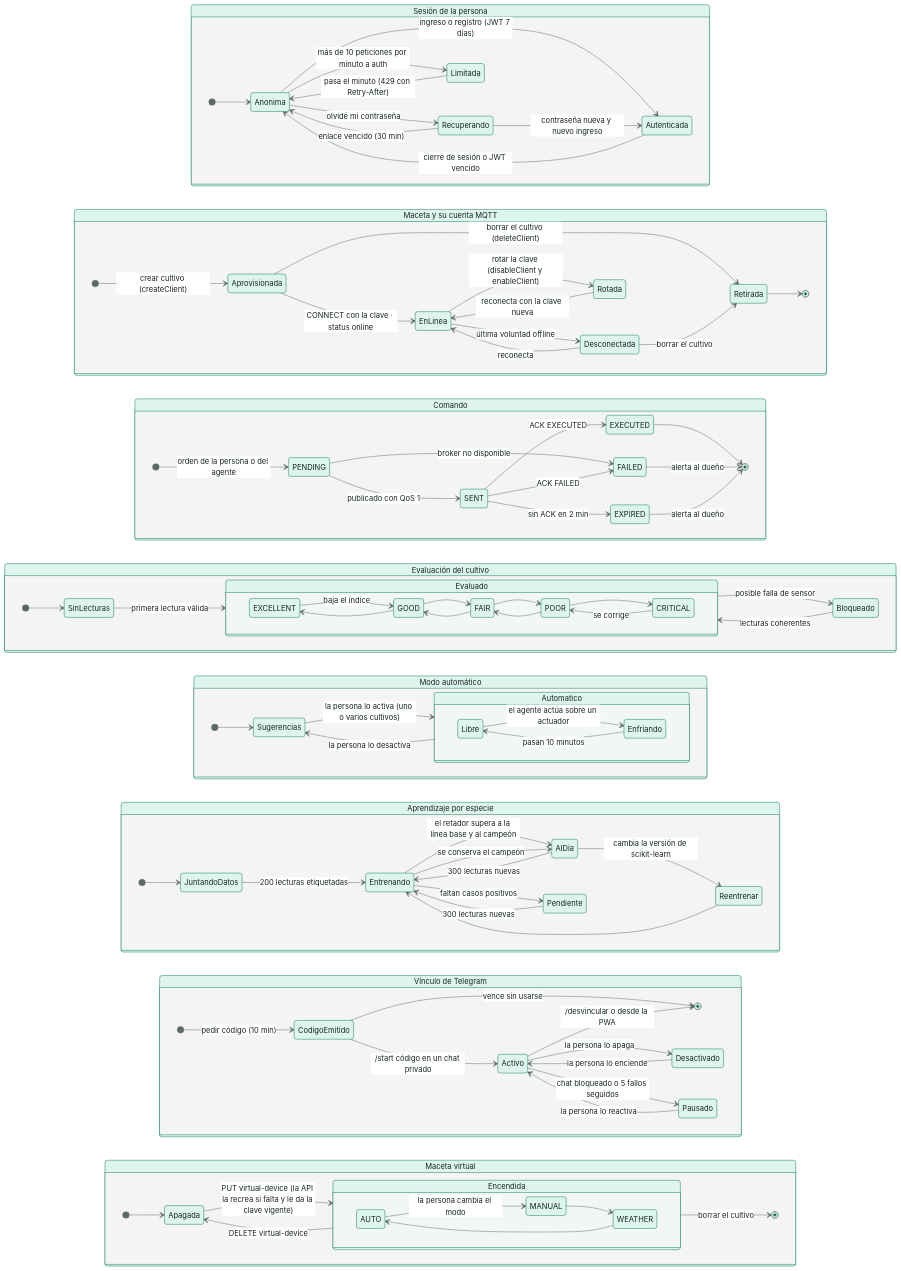
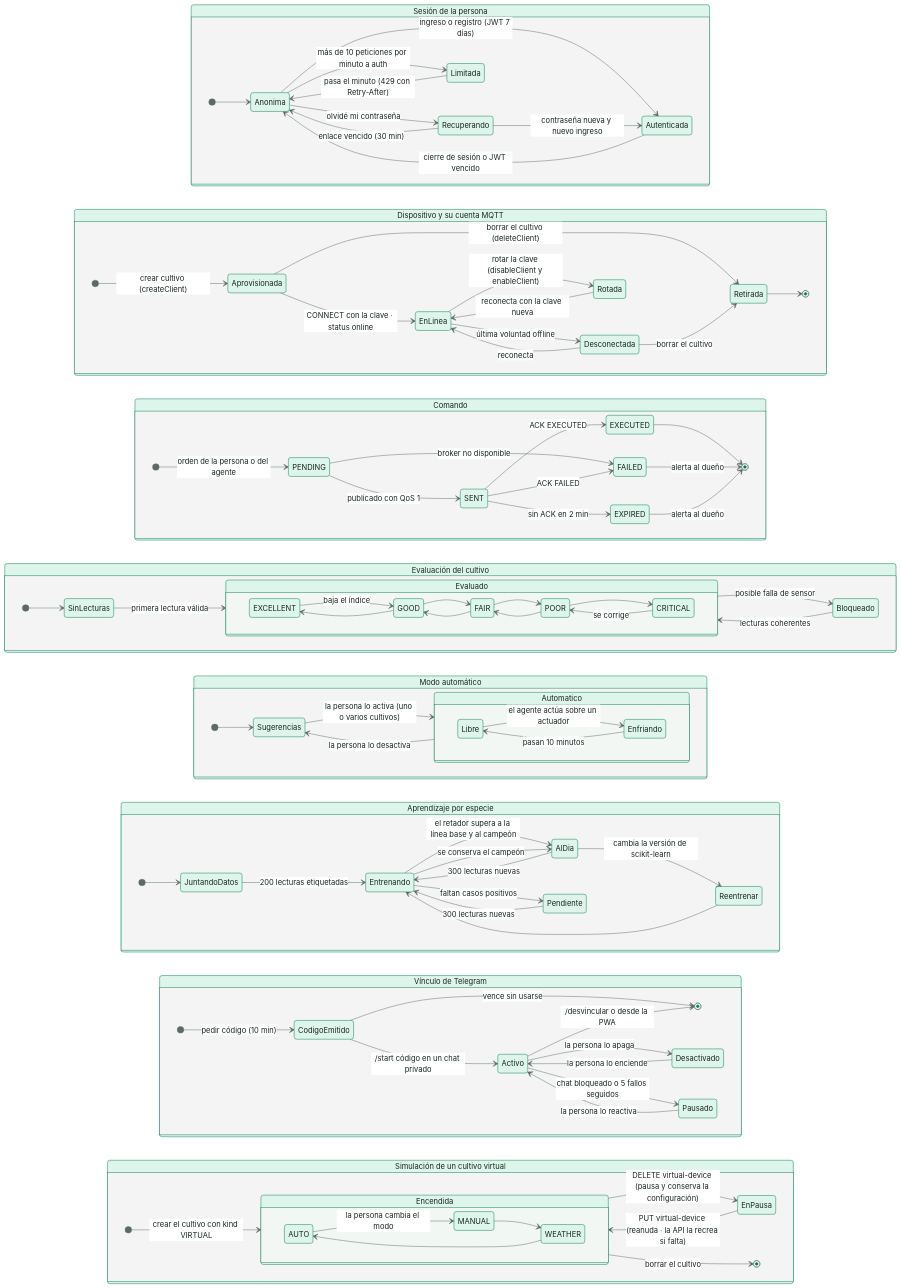
The diagram in docs/diagrams/SmartPot_Global_05_State_Machines.mmd (SmartPotTech/.github), drawn with Mermaid before and after one commit.

Commit message:
Model paused simulations in the state machines

```diff
--- a/docs/diagrams/SmartPot_Global_05_State_Machines.mmd
+++ b/docs/diagrams/SmartPot_Global_05_State_Machines.mmd
@@ -1,111 +1,111 @@
 %%{init: {"theme": "base", "fontFamily": "Segoe UI, Arial, sans-serif", "themeVariables": {"fontFamily": "Segoe UI, Arial, sans-serif", "fontSize": "16px", "primaryColor": "#DDF5EA", "primaryTextColor": "#17261F", "primaryBorderColor": "#067A52", "secondaryColor": "#E3F2FB", "secondaryTextColor": "#17261F", "secondaryBorderColor": "#1F6FA0", "tertiaryColor": "#F2F7F4", "tertiaryTextColor": "#17261F", "tertiaryBorderColor": "#D5E3DC", "lineColor": "#5B6B63", "textColor": "#17261F", "mainBkg": "#DDF5EA", "nodeBorder": "#067A52", "clusterBkg": "#F7FAF8", "clusterBorder": "#D5E3DC", "edgeLabelBackground": "#FFFFFF", "actorBkg": "#067A52", "actorBorder": "#0B3D2B", "actorTextColor": "#FFFFFF", "actorLineColor": "#5B6B63", "signalColor": "#17261F", "signalTextColor": "#17261F", "labelBoxBkgColor": "#0B3D2B", "labelBoxBorderColor": "#0B3D2B", "labelTextColor": "#FFFFFF", "loopTextColor": "#0B3D2B", "noteBkgColor": "#FDF4DD", "noteBorderColor": "#C98D12", "noteTextColor": "#17261F", "activationBkgColor": "#DDF5EA", "activationBorderColor": "#067A52", "attributeBackgroundColorOdd": "#FFFFFF", "attributeBackgroundColorEven": "#F2F7F4"}, "state": {"useMaxWidth": false}}}%%
 stateDiagram-v2
   direction LR
 
   state "Sesión de la persona" as sesion {
     direction LR
     [*] --> Anonima
     Anonima --> Autenticada : ingreso o registro (JWT 7 días)
     Autenticada --> Anonima : cierre de sesión o JWT vencido
     Anonima --> Recuperando : olvidé mi contraseña
     Recuperando --> Anonima : enlace vencido (30 min)
     Recuperando --> Autenticada : contraseña nueva y nuevo ingreso
     Anonima --> Limitada : más de 10 peticiones por minuto a auth
     Limitada --> Anonima : pasa el minuto (429 con Retry-After)
   }
 
-  state "Maceta y su cuenta MQTT" as maceta {
+  state "Dispositivo y su cuenta MQTT" as maceta {
     direction LR
     [*] --> Aprovisionada : crear cultivo (createClient)
     Aprovisionada --> EnLinea : CONNECT con la clave · status online
     EnLinea --> Desconectada : última voluntad offline
     Desconectada --> EnLinea : reconecta
     EnLinea --> Rotada : rotar la clave (disableClient y enableClient)
     Rotada --> EnLinea : reconecta con la clave nueva
     Aprovisionada --> Retirada : borrar el cultivo (deleteClient)
     Desconectada --> Retirada : borrar el cultivo
     Retirada --> [*]
   }
 
   state "Comando" as comando {
     direction LR
     [*] --> PENDING : orden de la persona o del agente
     PENDING --> SENT : publicado con QoS 1
     PENDING --> FAILED : broker no disponible
     SENT --> EXECUTED : ACK EXECUTED
     SENT --> FAILED : ACK FAILED
     SENT --> EXPIRED : sin ACK en 2 min
     EXECUTED --> [*]
     FAILED --> [*] : alerta al dueño
     EXPIRED --> [*] : alerta al dueño
   }
 
   state "Evaluación del cultivo" as salud {
     direction LR
     [*] --> SinLecturas
     SinLecturas --> Evaluado : primera lectura válida
     state Evaluado {
       direction LR
       EXCELLENT --> GOOD : baja el índice
       GOOD --> FAIR
       FAIR --> POOR
       POOR --> CRITICAL
       CRITICAL --> POOR : se corrige
       POOR --> FAIR
       FAIR --> GOOD
       GOOD --> EXCELLENT
     }
     Evaluado --> Bloqueado : posible falla de sensor
     Bloqueado --> Evaluado : lecturas coherentes
   }
 
   state "Modo automático" as automatico {
     direction LR
     [*] --> Sugerencias
     Sugerencias --> Automatico : la persona lo activa (uno o varios cultivos)
     Automatico --> Sugerencias : la persona lo desactiva
     state Automatico {
       direction LR
       Libre --> Enfriando : el agente actúa sobre un actuador
       Enfriando --> Libre : pasan 10 minutos
     }
   }
 
   state "Aprendizaje por especie" as aprendizaje {
     direction LR
     [*] --> JuntandoDatos
     JuntandoDatos --> Entrenando : 200 lecturas etiquetadas
     Entrenando --> AlDia : el retador supera a la línea base y al campeón
     Entrenando --> Pendiente : faltan casos positivos
     Entrenando --> AlDia : se conserva el campeón
     AlDia --> Entrenando : 300 lecturas nuevas
     Pendiente --> Entrenando : 300 lecturas nuevas
     AlDia --> Reentrenar : cambia la versión de scikit-learn
     Reentrenar --> Entrenando
   }
 
   state "Vínculo de Telegram" as telegram {
     direction LR
     [*] --> CodigoEmitido : pedir código (10 min)
     CodigoEmitido --> [*] : vence sin usarse
     CodigoEmitido --> Activo : /start código en un chat privado
     Activo --> Desactivado : la persona lo apaga
     Desactivado --> Activo : la persona lo enciende
     Activo --> Pausado : chat bloqueado o 5 fallos seguidos
     Pausado --> Activo : la persona lo reactiva
     Activo --> [*] : /desvincular o desde la PWA
   }
 
-  state "Maceta virtual" as virtual {
+  state "Simulación de un cultivo virtual" as virtual {
     direction LR
-    [*] --> Apagada
-    Apagada --> Encendida : PUT virtual-device (la API la recrea si falta y le da la clave vigente)
+    [*] --> Encendida : crear el cultivo con kind VIRTUAL
+    EnPausa --> Encendida : PUT virtual-device (reanuda · la API la recrea si falta)
     state Encendida {
       direction LR
       AUTO --> MANUAL : la persona cambia el modo
       MANUAL --> WEATHER
       WEATHER --> AUTO
     }
-    Encendida --> Apagada : DELETE virtual-device
+    Encendida --> EnPausa : DELETE virtual-device (pausa y conserva la configuración)
     Encendida --> [*] : borrar el cultivo
   }
```
